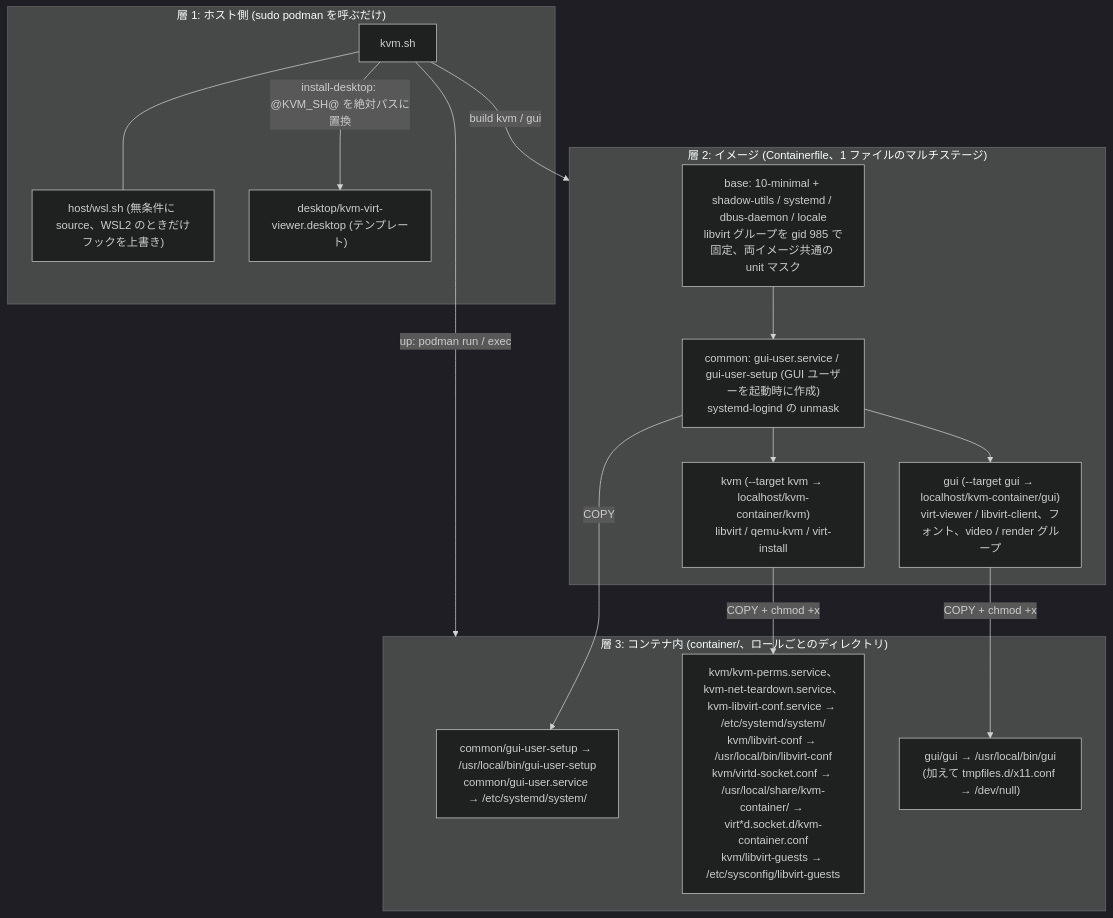
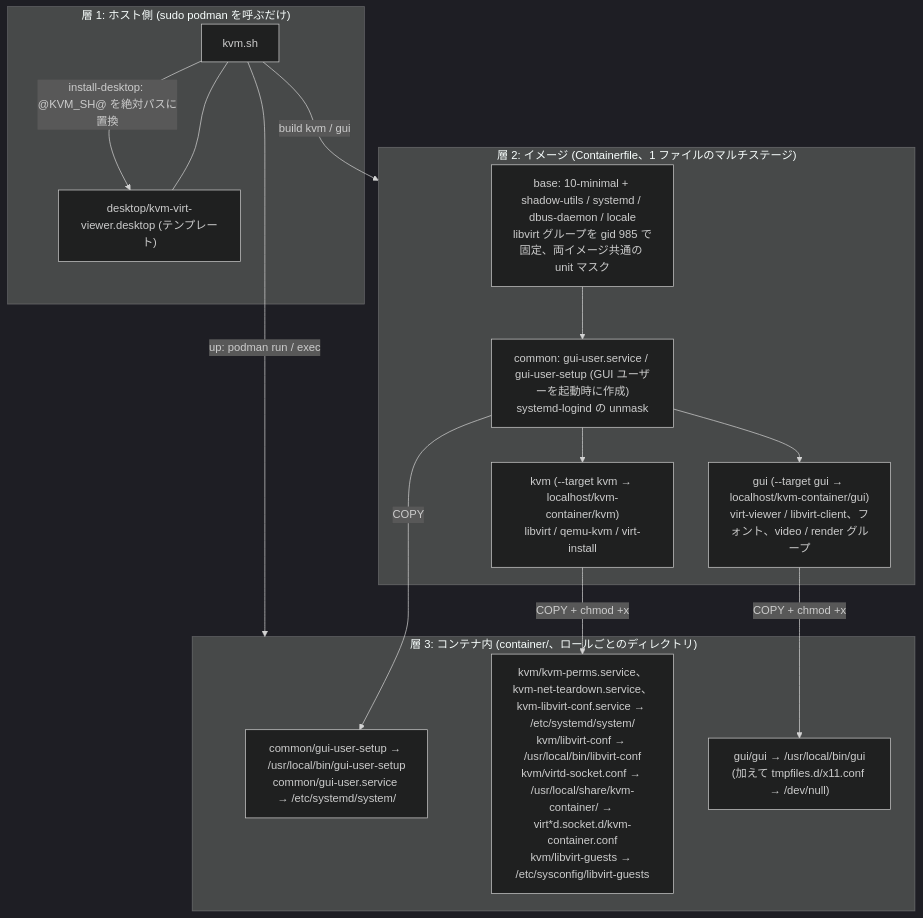
Before and after one commit to ryo-aoki-pc/kvm-container: the fourth of 22 diagrams in docs/SPEC.md, drawn with Mermaid (dark theme). The commit also changed other lines of this file and 9 other files, not shown here.

````diff
--- a/docs/SPEC.md
+++ b/docs/SPEC.md
@@ -215,27 +204,26 @@
 ```mermaid
 flowchart TB
   subgraph L1 ["層 1: ホスト側 (sudo podman を呼ぶだけ)"]
-    kvmsh["kvm.sh"] --- wsl["host/wsl.sh (無条件に source、WSL2 のときだけフックを上書き)"]
-    tmpl["desktop/kvm-virt-viewer.desktop (テンプレート)"]
+    kvmsh["kvm.sh"] --- tmpl["desktop/kvm-virt-viewer.desktop (テンプレート)"]
   end
   subgraph L2 ["層 2: イメージ (Containerfile、1 ファイルのマルチステージ)"]
     base["base: 10-minimal + shadow-utils / systemd / dbus-daemon / locale<br/>libvirt グループを gid 985 で固定、両イメージ共通の unit マスク"]
     common["common: gui-user.service / gui-user-setup (GUI ユーザーを起動時に作成)<br/>systemd-logind の unmask"]
     kvmimg["kvm (--target kvm → localhost/kvm-container/kvm)<br/>libvirt / qemu-kvm / virt-install"]
     guiimg["gui (--target gui → localhost/kvm-container/gui)<br/>virt-viewer / libvirt-client、フォント、video / render グループ"]
     base --> common
     common --> kvmimg
     common --> guiimg
   end
   subgraph L3 ["層 3: コンテナ内 (container/、ロールごとのディレクトリ)"]
     c1["common/gui-user-setup → /usr/local/bin/gui-user-setup<br/>common/gui-user.service → /etc/systemd/system/"]
     k1["kvm/kvm-perms.service、kvm-net-teardown.service、kvm-libvirt-conf.service → /etc/systemd/system/<br/>kvm/libvirt-conf → /usr/local/bin/libvirt-conf<br/>kvm/virtd-socket.conf → /usr/local/share/kvm-container/ → virt*d.socket.d/kvm-container.conf<br/>kvm/libvirt-guests → /etc/sysconfig/libvirt-guests"]
     g1["gui/gui → /usr/local/bin/gui<br/>(加えて tmpfiles.d/x11.conf → /dev/null)"]
   end
   kvmsh -->|"build kvm / gui"| L2
   common -->|"COPY"| c1
   kvmimg -->|"COPY + chmod +x"| k1
   guiimg -->|"COPY + chmod +x"| g1
   kvmsh -->|"up: podman run / exec"| L3
   kvmsh -->|"install-desktop: @KVM_SH@ を絶対パスに置換"| tmpl
 ```
````
